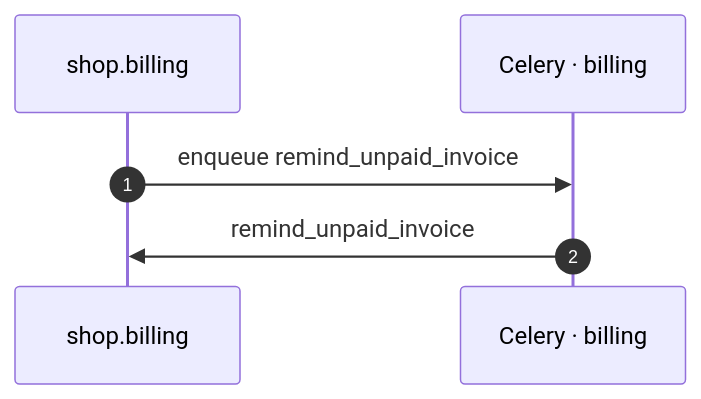
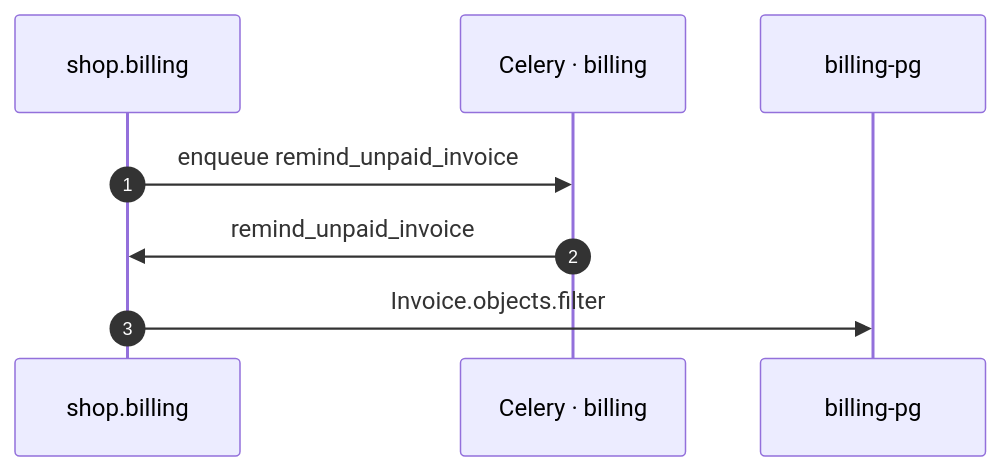
One commit to shortlink-org/portolan changed the diagram in docs/flows/billing-celery-remind-unpaid-invoice.md. Above: the diagram before and after it, drawn with Mermaid. The commit also changed other lines of this file and 188 other files, not shown here.

Commit message:
feat(flows): compose task bodies and compact wrappers

````diff
--- a/docs/flows/billing-celery-remind-unpaid-invoice.md
+++ b/docs/flows/billing-celery-remind-unpaid-invoice.md
@@ -22,8 +23,10 @@
 ```mermaid
 sequenceDiagram
     autonumber
     participant p0 as shop.billing
     participant p1 as Celery · billing
+    participant p2 as billing-pg
     p0->>p1: enqueue remind_unpaid_invoice
     p1->>p0: remind_unpaid_invoice
+    p0->>p2: Invoice.objects.filter
 ```
````
